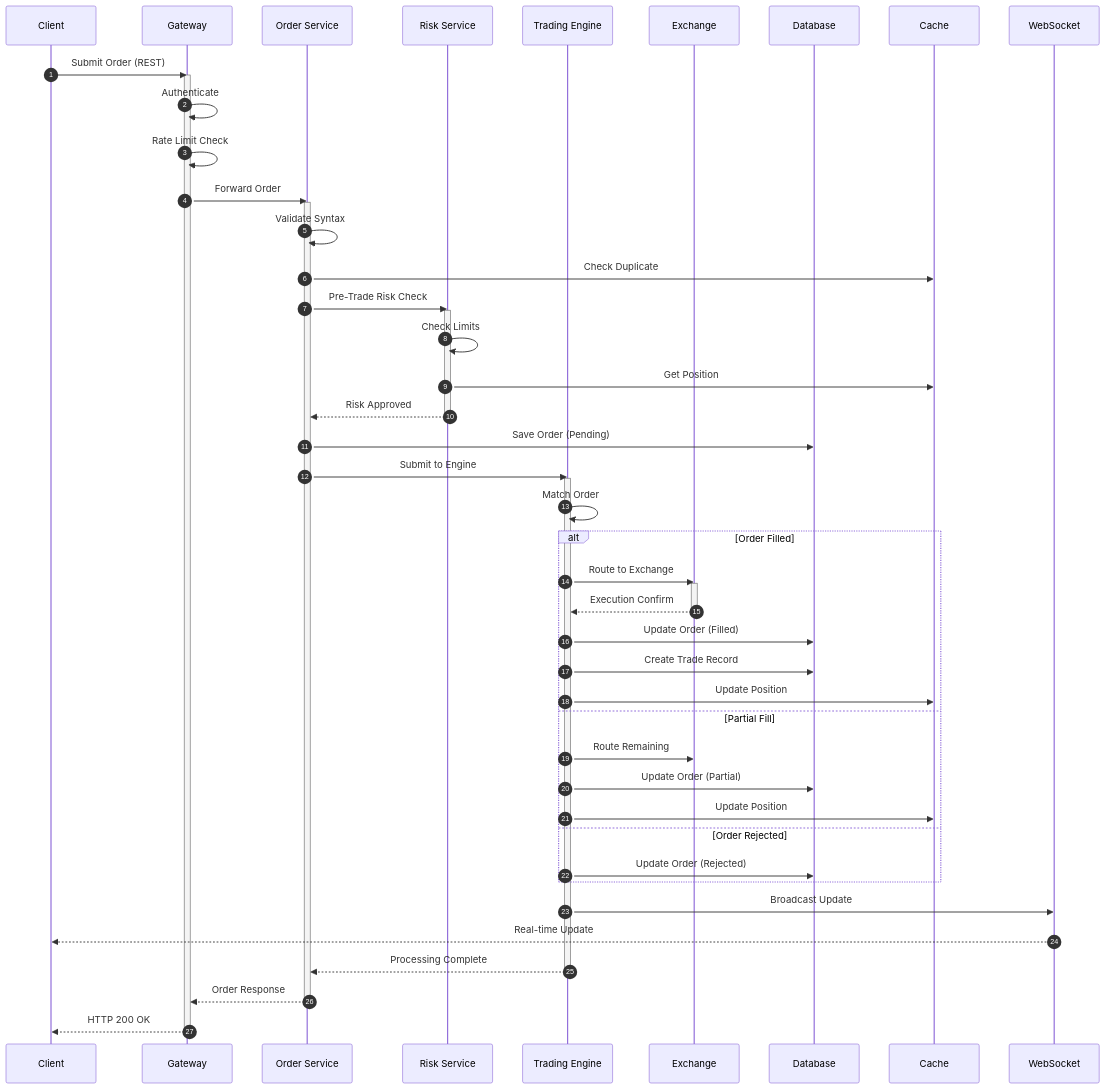
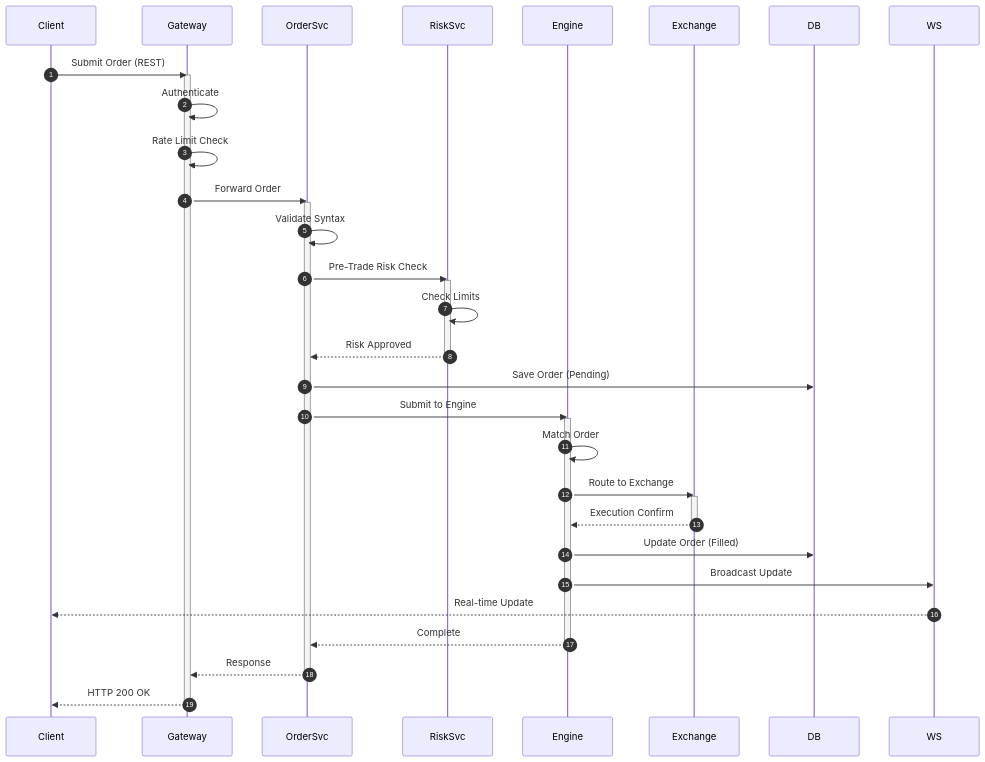
The tenth of 52 diagrams in diagrams.md (abdoElHodaky/tradSys), drawn with Mermaid before and after one commit. The commit also changed other lines of this file, not shown here.

````diff
--- a/diagrams.md
+++ b/diagrams.md
@@ -706,60 +337,47 @@
 ```mermaid
 sequenceDiagram
     autonumber
     participant Client
     participant Gateway
-    participant OrderSvc as Order Service
-    participant RiskSvc as Risk Service
-    participant Engine as Trading Engine
+    participant OrderSvc
+    participant RiskSvc
+    participant Engine
     participant Exchange
-    participant DB as Database
-    participant Cache
-    participant WS as WebSocket
+    participant DB
+    participant WS
     
     Client->>Gateway: Submit Order (REST)
     activate Gateway
     Gateway->>Gateway: Authenticate
     Gateway->>Gateway: Rate Limit Check
     Gateway->>OrderSvc: Forward Order
     activate OrderSvc
     
     OrderSvc->>OrderSvc: Validate Syntax
-    OrderSvc->>Cache: Check Duplicate
     OrderSvc->>RiskSvc: Pre-Trade Risk Check
     activate RiskSvc
     RiskSvc->>RiskSvc: Check Limits
-    RiskSvc->>Cache: Get Position
     RiskSvc-->>OrderSvc: Risk Approved
     deactivate RiskSvc
     
     OrderSvc->>DB: Save Order (Pending)
     OrderSvc->>Engine: Submit to Engine
     activate Engine
     
     Engine->>Engine: Match Order
-    alt Order Filled
-        Engine->>Exchange: Route to Exchange
-        activate Exchange
-        Exchange-->>Engine: Execution Confirm
-        deactivate Exchange
-        Engine->>DB: Update Order (Filled)
-        Engine->>DB: Create Trade Record
-        Engine->>Cache: Update Position
-    else Partial Fill
-        Engine->>Exchange: Route Remaining
-        Engine->>DB: Update Order (Partial)
-        Engine->>Cache: Update Position
-    else Order Rejected
-        Engine->>DB: Update Order (Rejected)
-    end
+    Engine->>Exchange: Route to Exchange
+    activate Exchange
+    Exchange-->>Engine: Execution Confirm
+    deactivate Exchange
     
+    Engine->>DB: Update Order (Filled)
     Engine->>WS: Broadcast Update
     WS-->>Client: Real-time Update
     
-    Engine-->>OrderSvc: Processing Complete
+    Engine-->>OrderSvc: Complete
     deactivate Engine
-    OrderSvc-->>Gateway: Order Response
+    OrderSvc-->>Gateway: Response
     deactivate OrderSvc
     Gateway-->>Client: HTTP 200 OK
     deactivate Gateway
 ```
````
